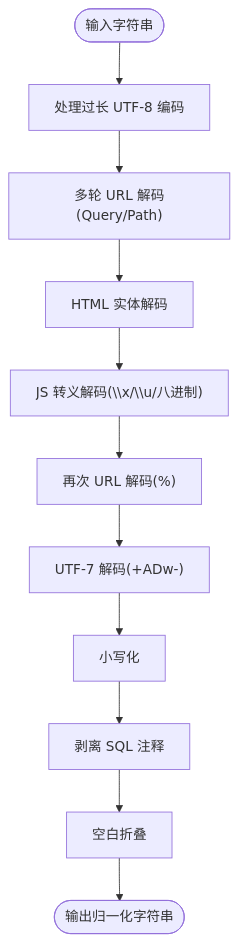
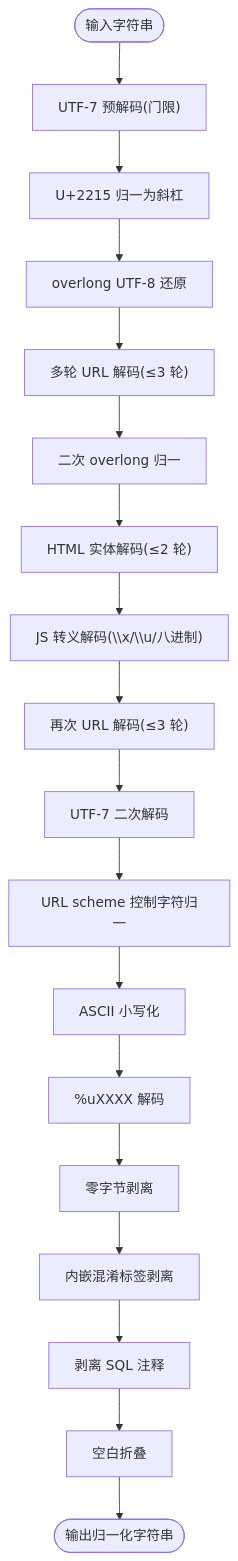
The third of 9 diagrams in docs/安全防护功能/OWASP 检测/检测算法与技术.md (x01n/My-OpenWaf), drawn with Mermaid before and after one commit. The commit also changed other lines of this file and 622 other files, not shown here.

````diff
--- a/docs/安全防护功能/OWASP 检测/检测算法与技术.md
+++ b/docs/安全防护功能/OWASP 检测/检测算法与技术.md
@@ -144,13 +199,20 @@
 ```mermaid
 flowchart TD
-Start(["输入字符串"]) --> Overlong["处理过长 UTF-8 编码"]
-Overlong --> MultiPassURL["多轮 URL 解码(Query/Path)"]
-MultiPassURL --> HTMLEntity["HTML 实体解码"]
+Start(["输入字符串"]) --> U7["UTF-7 预解码(门限)"]
+U7 --> Slash["U+2215 归一为斜杠"]
+Slash --> Overlong["overlong UTF-8 还原"]
+Overlong --> MultiPassURL["多轮 URL 解码(≤3 轮)"]
+MultiPassURL --> ReOverlong["二次 overlong 归一"]
+ReOverlong --> HTMLEntity["HTML 实体解码(≤2 轮)"]
 HTMLEntity --> JSEscape["JS 转义解码(\\x/\\u/八进制)"]
-JSEscape --> PostURL["再次 URL 解码(%)"]
-PostURL --> UTF7["UTF-7 解码(+ADw-)"]
-UTF7 --> Lower["小写化"]
-Lower --> StripSQL["剥离 SQL 注释"]
+JSEscape --> PostURL["再次 URL 解码(≤3 轮)"]
+PostURL --> UTF7["UTF-7 二次解码"]
+UTF7 --> Scheme["URL scheme 控制字符归一"]
+Scheme --> Lower["ASCII 小写化"]
+Lower --> PercentU["%uXXXX 解码"]
+PercentU --> Nul["零字节剥离"]
+Nul --> Confusion["内嵌混淆标签剥离"]
+Confusion --> StripSQL["剥离 SQL 注释"]
 StripSQL --> Collapse["空白折叠"]
 Collapse --> End(["输出归一化字符串"])
 ```
````
